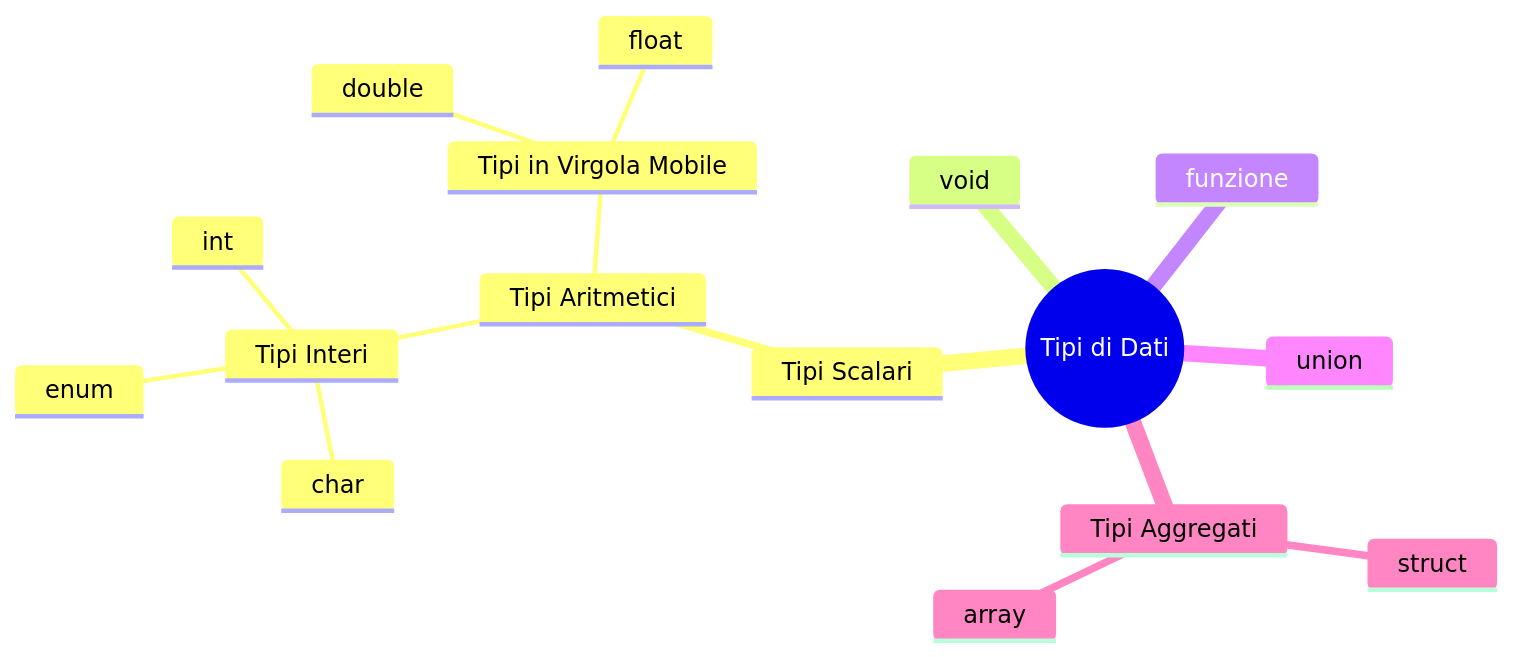
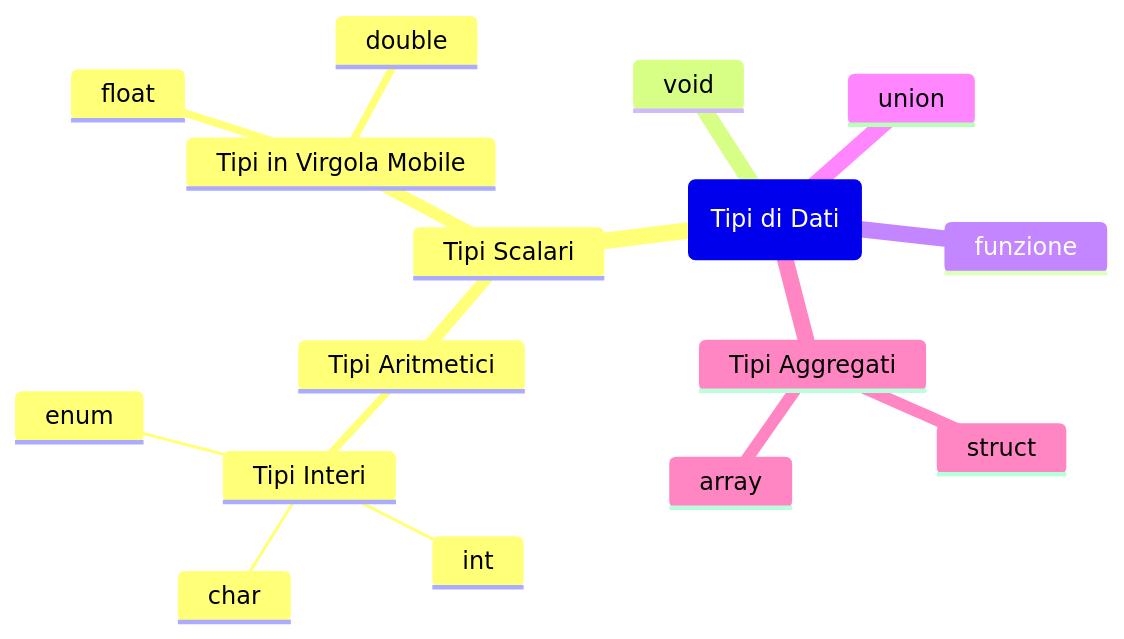
The diagram in Git-Obsidian/Definitions/Definizioni_Programmazione.md (delpiter/Git-Obsidian), drawn with Mermaid before and after one commit. The commit also changed 2 other files, not shown here.

Commit message:
vault backup: 2024-01-06 16:01:30

````diff
--- a/Git-Obsidian/Definitions/Definizioni_Programmazione.md
+++ b/Git-Obsidian/Definitions/Definizioni_Programmazione.md
@@ -58,19 +58,19 @@
 ```mermaid
 mindmap
-  root((Tipi di Dati))
-    Tipi Scalari
-      Tipi Aritmetici
-        Tipi Interi
-            int
-            char
-            enum
-        Tipi in Virgola Mobile
-            float
-            double
-    void
-    funzione
-    union
-    Tipi Aggregati
-        struct
-        array
+root(Tipi di Dati)
+	Tipi Scalari
+		Tipi Aritmetici
+			Tipi Interi
+				int
+				char
+				enum
+		Tipi in Virgola Mobile
+			float
+			double
+	void
+	funzione
+	union
+	Tipi Aggregati
+		struct
+		array
 ```
````
